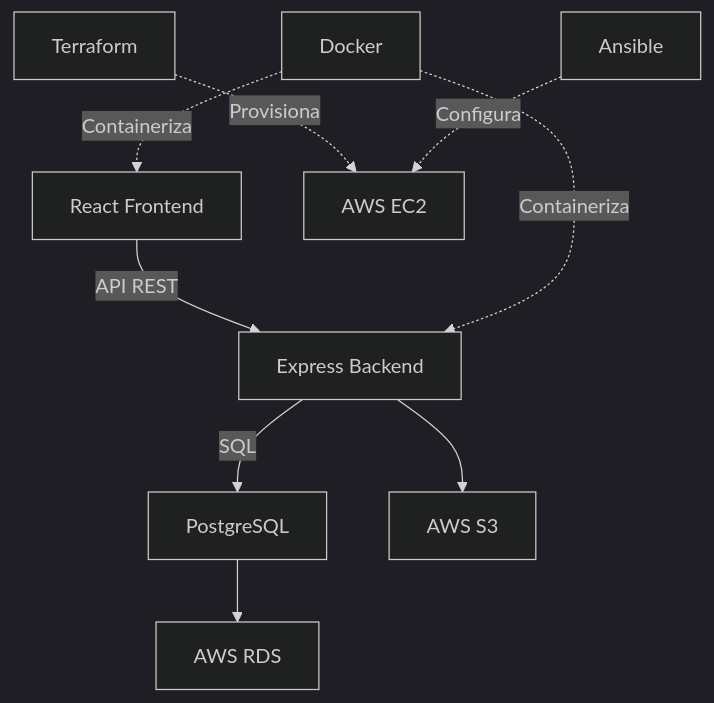
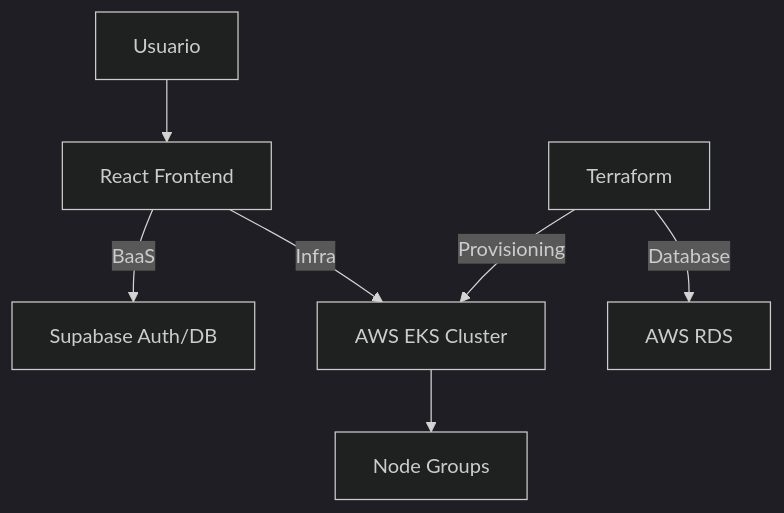
One commit to bananareverse/Iteria changed the diagram in README.md. Above: the diagram before and after it, drawn with Mermaid (dark theme). The commit also changed other lines of this file and 4897 other files, not shown here.

````diff
--- a/README.md
+++ b/README.md
@@ -79,11 +56,9 @@
 ```mermaid
 graph TD
-    A[React Frontend] -->|API REST| B[Express Backend]
-    B -->|SQL| C[PostgreSQL]
-    B --> D[AWS S3]
-    C --> E[AWS RDS]
-    F[Docker] -.->|Containeriza| A
-    F -.->|Containeriza| B
-    G[Terraform] -.->|Provisiona| H[AWS EC2]
-    I[Ansible] -.->|Configura| H
+    A[Usuario] --> B[React Frontend]
+    B -->|BaaS| C[Supabase Auth/DB]
+    B -->|Infra| D[AWS EKS Cluster]
+    D --> E[Node Groups]
+    G[Terraform] -->|Provisioning| D
+    G -->|Database| F[AWS RDS]
 ```
````
